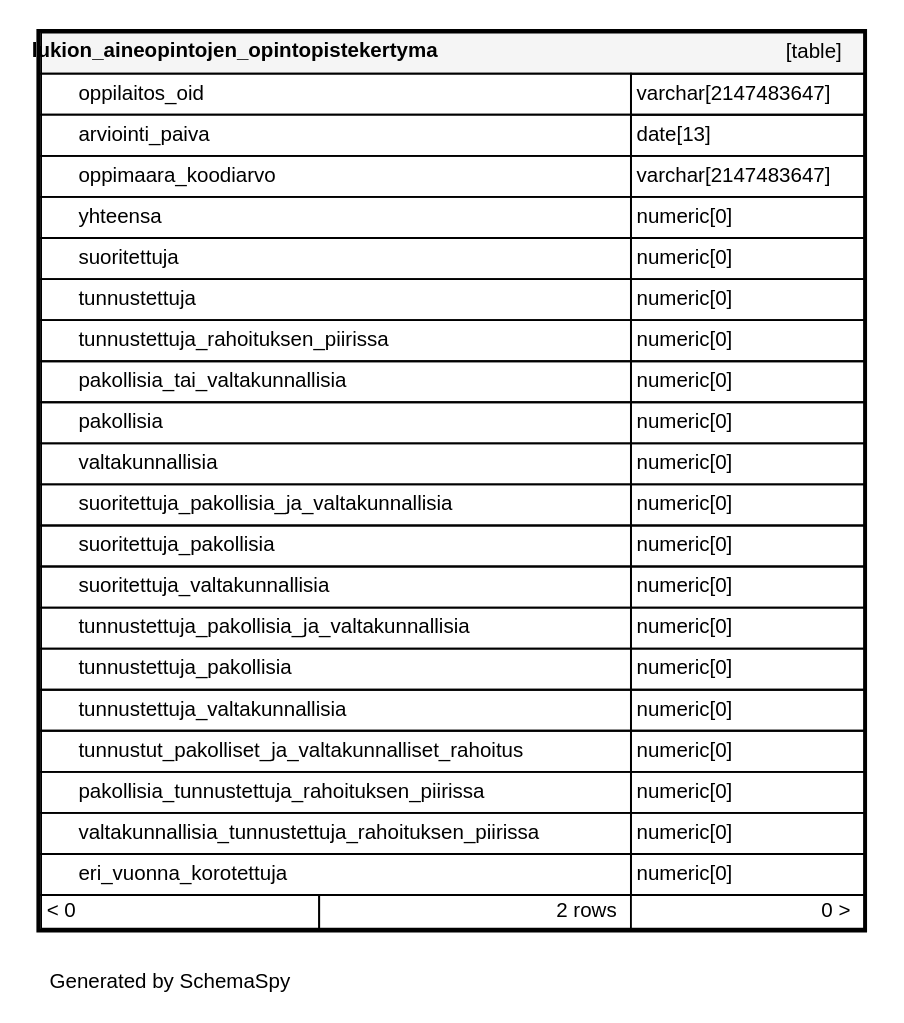
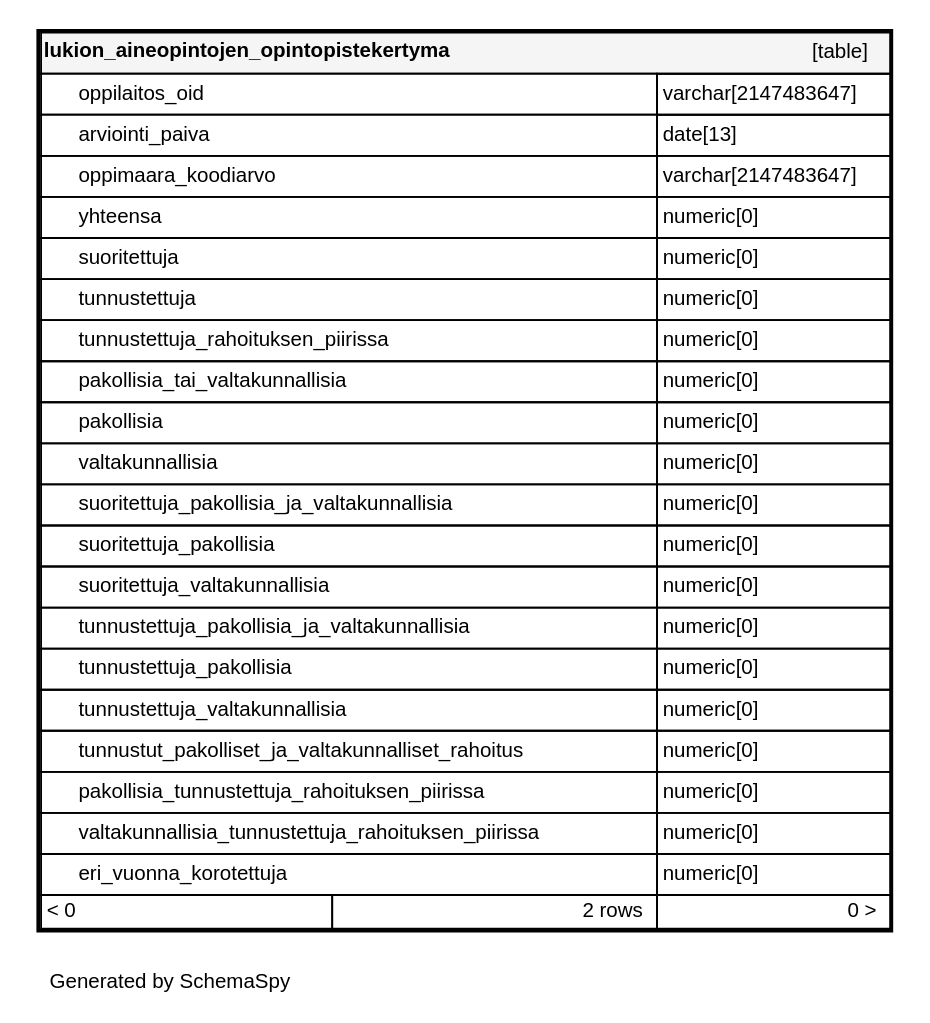
One commit to Opetushallitus/koski changed the diagram in documentation/tietokantaskeemat/koski-raportointikanta/diagrams/tables/lukion_aineopintojen_opintopistekertyma.1degree.dot. Above: the diagram before and after it, drawn with Graphviz. The commit also changed 223 other files, not shown here.

```diff
--- a/documentation/tietokantaskeemat/koski-raportointikanta/diagrams/tables/lukion_aineopintojen_opintopistekertyma.1degree.dot
+++ b/documentation/tietokantaskeemat/koski-raportointikanta/diagrams/tables/lukion_aineopintojen_opintopistekertyma.1degree.dot
@@ -3,27 +3,27 @@
   "lukion_aineopintojen_opintopistekertyma" [
    label=<
     <TABLE BORDER="2" CELLBORDER="1" CELLSPACING="0" BGCOLOR="#ffffff">
-      <TR><TD COLSPAN="4"  BGCOLOR="#f5f5f5"><TABLE BORDER="0" CELLSPACING="0"><TR><TD ALIGN="LEFT" FIXEDSIZE="TRUE" WIDTH="237" HEIGHT="16"><B>lukion_aineopintojen_opintopistekertyma</B></TD><TD ALIGN="RIGHT">[table]</TD></TR></TABLE></TD></TR>
-      <TR><TD PORT="oppilaitos_oid" COLSPAN="2" BGCOLOR="#ffffff" ALIGN="LEFT"><TABLE BORDER="0" CELLSPACING="0" ALIGN="LEFT"><TR ALIGN="LEFT"><TD ALIGN="LEFT" FIXEDSIZE="TRUE" WIDTH="15" HEIGHT="16"></TD><TD ALIGN="LEFT" FIXEDSIZE="TRUE" WIDTH="295" HEIGHT="16">oppilaitos_oid</TD></TR></TABLE></TD><TD PORT="oppilaitos_oid.type" ALIGN="LEFT">varchar[2147483647]</TD></TR>
-      <TR><TD PORT="arviointi_paiva" COLSPAN="2" BGCOLOR="#ffffff" ALIGN="LEFT"><TABLE BORDER="0" CELLSPACING="0" ALIGN="LEFT"><TR ALIGN="LEFT"><TD ALIGN="LEFT" FIXEDSIZE="TRUE" WIDTH="15" HEIGHT="16"></TD><TD ALIGN="LEFT" FIXEDSIZE="TRUE" WIDTH="295" HEIGHT="16">arviointi_paiva</TD></TR></TABLE></TD><TD PORT="arviointi_paiva.type" ALIGN="LEFT">date[13]</TD></TR>
-      <TR><TD PORT="oppimaara_koodiarvo" COLSPAN="2" ALIGN="LEFT"><TABLE BORDER="0" CELLSPACING="0" ALIGN="LEFT"><TR ALIGN="LEFT"><TD ALIGN="LEFT" FIXEDSIZE="TRUE" WIDTH="15" HEIGHT="16"></TD><TD ALIGN="LEFT" FIXEDSIZE="TRUE" WIDTH="295" HEIGHT="16">oppimaara_koodiarvo</TD></TR></TABLE></TD><TD PORT="oppimaara_koodiarvo.type" ALIGN="LEFT">varchar[2147483647]</TD></TR>
-      <TR><TD PORT="yhteensa" COLSPAN="2" ALIGN="LEFT"><TABLE BORDER="0" CELLSPACING="0" ALIGN="LEFT"><TR ALIGN="LEFT"><TD ALIGN="LEFT" FIXEDSIZE="TRUE" WIDTH="15" HEIGHT="16"></TD><TD ALIGN="LEFT" FIXEDSIZE="TRUE" WIDTH="295" HEIGHT="16">yhteensa</TD></TR></TABLE></TD><TD PORT="yhteensa.type" ALIGN="LEFT">numeric[0]</TD></TR>
-      <TR><TD PORT="suoritettuja" COLSPAN="2" ALIGN="LEFT"><TABLE BORDER="0" CELLSPACING="0" ALIGN="LEFT"><TR ALIGN="LEFT"><TD ALIGN="LEFT" FIXEDSIZE="TRUE" WIDTH="15" HEIGHT="16"></TD><TD ALIGN="LEFT" FIXEDSIZE="TRUE" WIDTH="295" HEIGHT="16">suoritettuja</TD></TR></TABLE></TD><TD PORT="suoritettuja.type" ALIGN="LEFT">numeric[0]</TD></TR>
-      <TR><TD PORT="tunnustettuja" COLSPAN="2" ALIGN="LEFT"><TABLE BORDER="0" CELLSPACING="0" ALIGN="LEFT"><TR ALIGN="LEFT"><TD ALIGN="LEFT" FIXEDSIZE="TRUE" WIDTH="15" HEIGHT="16"></TD><TD ALIGN="LEFT" FIXEDSIZE="TRUE" WIDTH="295" HEIGHT="16">tunnustettuja</TD></TR></TABLE></TD><TD PORT="tunnustettuja.type" ALIGN="LEFT">numeric[0]</TD></TR>
-      <TR><TD PORT="tunnustettuja_rahoituksen_piirissa" COLSPAN="2" ALIGN="LEFT"><TABLE BORDER="0" CELLSPACING="0" ALIGN="LEFT"><TR ALIGN="LEFT"><TD ALIGN="LEFT" FIXEDSIZE="TRUE" WIDTH="15" HEIGHT="16"></TD><TD ALIGN="LEFT" FIXEDSIZE="TRUE" WIDTH="295" HEIGHT="16">tunnustettuja_rahoituksen_piirissa</TD></TR></TABLE></TD><TD PORT="tunnustettuja_rahoituksen_piirissa.type" ALIGN="LEFT">numeric[0]</TD></TR>
-      <TR><TD PORT="pakollisia_tai_valtakunnallisia" COLSPAN="2" ALIGN="LEFT"><TABLE BORDER="0" CELLSPACING="0" ALIGN="LEFT"><TR ALIGN="LEFT"><TD ALIGN="LEFT" FIXEDSIZE="TRUE" WIDTH="15" HEIGHT="16"></TD><TD ALIGN="LEFT" FIXEDSIZE="TRUE" WIDTH="295" HEIGHT="16">pakollisia_tai_valtakunnallisia</TD></TR></TABLE></TD><TD PORT="pakollisia_tai_valtakunnallisia.type" ALIGN="LEFT">numeric[0]</TD></TR>
-      <TR><TD PORT="pakollisia" COLSPAN="2" ALIGN="LEFT"><TABLE BORDER="0" CELLSPACING="0" ALIGN="LEFT"><TR ALIGN="LEFT"><TD ALIGN="LEFT" FIXEDSIZE="TRUE" WIDTH="15" HEIGHT="16"></TD><TD ALIGN="LEFT" FIXEDSIZE="TRUE" WIDTH="295" HEIGHT="16">pakollisia</TD></TR></TABLE></TD><TD PORT="pakollisia.type" ALIGN="LEFT">numeric[0]</TD></TR>
-      <TR><TD PORT="valtakunnallisia" COLSPAN="2" ALIGN="LEFT"><TABLE BORDER="0" CELLSPACING="0" ALIGN="LEFT"><TR ALIGN="LEFT"><TD ALIGN="LEFT" FIXEDSIZE="TRUE" WIDTH="15" HEIGHT="16"></TD><TD ALIGN="LEFT" FIXEDSIZE="TRUE" WIDTH="295" HEIGHT="16">valtakunnallisia</TD></TR></TABLE></TD><TD PORT="valtakunnallisia.type" ALIGN="LEFT">numeric[0]</TD></TR>
-      <TR><TD PORT="suoritettuja_pakollisia_ja_valtakunnallisia" COLSPAN="2" ALIGN="LEFT"><TABLE BORDER="0" CELLSPACING="0" ALIGN="LEFT"><TR ALIGN="LEFT"><TD ALIGN="LEFT" FIXEDSIZE="TRUE" WIDTH="15" HEIGHT="16"></TD><TD ALIGN="LEFT" FIXEDSIZE="TRUE" WIDTH="295" HEIGHT="16">suoritettuja_pakollisia_ja_valtakunnallisia</TD></TR></TABLE></TD><TD PORT="suoritettuja_pakollisia_ja_valtakunnallisia.type" ALIGN="LEFT">numeric[0]</TD></TR>
-      <TR><TD PORT="suoritettuja_pakollisia" COLSPAN="2" ALIGN="LEFT"><TABLE BORDER="0" CELLSPACING="0" ALIGN="LEFT"><TR ALIGN="LEFT"><TD ALIGN="LEFT" FIXEDSIZE="TRUE" WIDTH="15" HEIGHT="16"></TD><TD ALIGN="LEFT" FIXEDSIZE="TRUE" WIDTH="295" HEIGHT="16">suoritettuja_pakollisia</TD></TR></TABLE></TD><TD PORT="suoritettuja_pakollisia.type" ALIGN="LEFT">numeric[0]</TD></TR>
-      <TR><TD PORT="suoritettuja_valtakunnallisia" COLSPAN="2" ALIGN="LEFT"><TABLE BORDER="0" CELLSPACING="0" ALIGN="LEFT"><TR ALIGN="LEFT"><TD ALIGN="LEFT" FIXEDSIZE="TRUE" WIDTH="15" HEIGHT="16"></TD><TD ALIGN="LEFT" FIXEDSIZE="TRUE" WIDTH="295" HEIGHT="16">suoritettuja_valtakunnallisia</TD></TR></TABLE></TD><TD PORT="suoritettuja_valtakunnallisia.type" ALIGN="LEFT">numeric[0]</TD></TR>
-      <TR><TD PORT="tunnustettuja_pakollisia_ja_valtakunnallisia" COLSPAN="2" ALIGN="LEFT"><TABLE BORDER="0" CELLSPACING="0" ALIGN="LEFT"><TR ALIGN="LEFT"><TD ALIGN="LEFT" FIXEDSIZE="TRUE" WIDTH="15" HEIGHT="16"></TD><TD ALIGN="LEFT" FIXEDSIZE="TRUE" WIDTH="295" HEIGHT="16">tunnustettuja_pakollisia_ja_valtakunnallisia</TD></TR></TABLE></TD><TD PORT="tunnustettuja_pakollisia_ja_valtakunnallisia.type" ALIGN="LEFT">numeric[0]</TD></TR>
-      <TR><TD PORT="tunnustettuja_pakollisia" COLSPAN="2" ALIGN="LEFT"><TABLE BORDER="0" CELLSPACING="0" ALIGN="LEFT"><TR ALIGN="LEFT"><TD ALIGN="LEFT" FIXEDSIZE="TRUE" WIDTH="15" HEIGHT="16"></TD><TD ALIGN="LEFT" FIXEDSIZE="TRUE" WIDTH="295" HEIGHT="16">tunnustettuja_pakollisia</TD></TR></TABLE></TD><TD PORT="tunnustettuja_pakollisia.type" ALIGN="LEFT">numeric[0]</TD></TR>
-      <TR><TD PORT="tunnustettuja_valtakunnallisia" COLSPAN="2" ALIGN="LEFT"><TABLE BORDER="0" CELLSPACING="0" ALIGN="LEFT"><TR ALIGN="LEFT"><TD ALIGN="LEFT" FIXEDSIZE="TRUE" WIDTH="15" HEIGHT="16"></TD><TD ALIGN="LEFT" FIXEDSIZE="TRUE" WIDTH="295" HEIGHT="16">tunnustettuja_valtakunnallisia</TD></TR></TABLE></TD><TD PORT="tunnustettuja_valtakunnallisia.type" ALIGN="LEFT">numeric[0]</TD></TR>
-      <TR><TD PORT="tunnustut_pakolliset_ja_valtakunnalliset_rahoitus" COLSPAN="2" ALIGN="LEFT"><TABLE BORDER="0" CELLSPACING="0" ALIGN="LEFT"><TR ALIGN="LEFT"><TD ALIGN="LEFT" FIXEDSIZE="TRUE" WIDTH="15" HEIGHT="16"></TD><TD ALIGN="LEFT" FIXEDSIZE="TRUE" WIDTH="295" HEIGHT="16">tunnustut_pakolliset_ja_valtakunnalliset_rahoitus</TD></TR></TABLE></TD><TD PORT="tunnustut_pakolliset_ja_valtakunnalliset_rahoitus.type" ALIGN="LEFT">numeric[0]</TD></TR>
-      <TR><TD PORT="pakollisia_tunnustettuja_rahoituksen_piirissa" COLSPAN="2" ALIGN="LEFT"><TABLE BORDER="0" CELLSPACING="0" ALIGN="LEFT"><TR ALIGN="LEFT"><TD ALIGN="LEFT" FIXEDSIZE="TRUE" WIDTH="15" HEIGHT="16"></TD><TD ALIGN="LEFT" FIXEDSIZE="TRUE" WIDTH="295" HEIGHT="16">pakollisia_tunnustettuja_rahoituksen_piirissa</TD></TR></TABLE></TD><TD PORT="pakollisia_tunnustettuja_rahoituksen_piirissa.type" ALIGN="LEFT">numeric[0]</TD></TR>
-      <TR><TD PORT="valtakunnallisia_tunnustettuja_rahoituksen_piirissa" COLSPAN="2" ALIGN="LEFT"><TABLE BORDER="0" CELLSPACING="0" ALIGN="LEFT"><TR ALIGN="LEFT"><TD ALIGN="LEFT" FIXEDSIZE="TRUE" WIDTH="15" HEIGHT="16"></TD><TD ALIGN="LEFT" FIXEDSIZE="TRUE" WIDTH="295" HEIGHT="16">valtakunnallisia_tunnustettuja_rahoituksen_piirissa</TD></TR></TABLE></TD><TD PORT="valtakunnallisia_tunnustettuja_rahoituksen_piirissa.type" ALIGN="LEFT">numeric[0]</TD></TR>
-      <TR><TD PORT="eri_vuonna_korotettuja" COLSPAN="2" ALIGN="LEFT"><TABLE BORDER="0" CELLSPACING="0" ALIGN="LEFT"><TR ALIGN="LEFT"><TD ALIGN="LEFT" FIXEDSIZE="TRUE" WIDTH="15" HEIGHT="16"></TD><TD ALIGN="LEFT" FIXEDSIZE="TRUE" WIDTH="295" HEIGHT="16">eri_vuonna_korotettuja</TD></TR></TABLE></TD><TD PORT="eri_vuonna_korotettuja.type" ALIGN="LEFT">numeric[0]</TD></TR>
+      <TR><TD COLSPAN="4"  BGCOLOR="#f5f5f5"><TABLE BORDER="0" CELLSPACING="0"><TR><TD ALIGN="LEFT" FIXEDSIZE="TRUE" WIDTH="250" HEIGHT="16"><B>lukion_aineopintojen_opintopistekertyma</B></TD><TD ALIGN="RIGHT">[table]</TD></TR></TABLE></TD></TR>
+      <TR><TD PORT="oppilaitos_oid" COLSPAN="2" BGCOLOR="#ffffff" ALIGN="LEFT"><TABLE BORDER="0" CELLSPACING="0" ALIGN="LEFT"><TR ALIGN="LEFT"><TD ALIGN="LEFT" FIXEDSIZE="TRUE" WIDTH="15" HEIGHT="16"></TD><TD ALIGN="LEFT" FIXEDSIZE="TRUE" WIDTH="309" HEIGHT="16">oppilaitos_oid</TD></TR></TABLE></TD><TD PORT="oppilaitos_oid.type" ALIGN="LEFT">varchar[2147483647]</TD></TR>
+      <TR><TD PORT="arviointi_paiva" COLSPAN="2" BGCOLOR="#ffffff" ALIGN="LEFT"><TABLE BORDER="0" CELLSPACING="0" ALIGN="LEFT"><TR ALIGN="LEFT"><TD ALIGN="LEFT" FIXEDSIZE="TRUE" WIDTH="15" HEIGHT="16"></TD><TD ALIGN="LEFT" FIXEDSIZE="TRUE" WIDTH="309" HEIGHT="16">arviointi_paiva</TD></TR></TABLE></TD><TD PORT="arviointi_paiva.type" ALIGN="LEFT">date[13]</TD></TR>
+      <TR><TD PORT="oppimaara_koodiarvo" COLSPAN="2" ALIGN="LEFT"><TABLE BORDER="0" CELLSPACING="0" ALIGN="LEFT"><TR ALIGN="LEFT"><TD ALIGN="LEFT" FIXEDSIZE="TRUE" WIDTH="15" HEIGHT="16"></TD><TD ALIGN="LEFT" FIXEDSIZE="TRUE" WIDTH="309" HEIGHT="16">oppimaara_koodiarvo</TD></TR></TABLE></TD><TD PORT="oppimaara_koodiarvo.type" ALIGN="LEFT">varchar[2147483647]</TD></TR>
+      <TR><TD PORT="yhteensa" COLSPAN="2" ALIGN="LEFT"><TABLE BORDER="0" CELLSPACING="0" ALIGN="LEFT"><TR ALIGN="LEFT"><TD ALIGN="LEFT" FIXEDSIZE="TRUE" WIDTH="15" HEIGHT="16"></TD><TD ALIGN="LEFT" FIXEDSIZE="TRUE" WIDTH="309" HEIGHT="16">yhteensa</TD></TR></TABLE></TD><TD PORT="yhteensa.type" ALIGN="LEFT">numeric[0]</TD></TR>
+      <TR><TD PORT="suoritettuja" COLSPAN="2" ALIGN="LEFT"><TABLE BORDER="0" CELLSPACING="0" ALIGN="LEFT"><TR ALIGN="LEFT"><TD ALIGN="LEFT" FIXEDSIZE="TRUE" WIDTH="15" HEIGHT="16"></TD><TD ALIGN="LEFT" FIXEDSIZE="TRUE" WIDTH="309" HEIGHT="16">suoritettuja</TD></TR></TABLE></TD><TD PORT="suoritettuja.type" ALIGN="LEFT">numeric[0]</TD></TR>
+      <TR><TD PORT="tunnustettuja" COLSPAN="2" ALIGN="LEFT"><TABLE BORDER="0" CELLSPACING="0" ALIGN="LEFT"><TR ALIGN="LEFT"><TD ALIGN="LEFT" FIXEDSIZE="TRUE" WIDTH="15" HEIGHT="16"></TD><TD ALIGN="LEFT" FIXEDSIZE="TRUE" WIDTH="309" HEIGHT="16">tunnustettuja</TD></TR></TABLE></TD><TD PORT="tunnustettuja.type" ALIGN="LEFT">numeric[0]</TD></TR>
+      <TR><TD PORT="tunnustettuja_rahoituksen_piirissa" COLSPAN="2" ALIGN="LEFT"><TABLE BORDER="0" CELLSPACING="0" ALIGN="LEFT"><TR ALIGN="LEFT"><TD ALIGN="LEFT" FIXEDSIZE="TRUE" WIDTH="15" HEIGHT="16"></TD><TD ALIGN="LEFT" FIXEDSIZE="TRUE" WIDTH="309" HEIGHT="16">tunnustettuja_rahoituksen_piirissa</TD></TR></TABLE></TD><TD PORT="tunnustettuja_rahoituksen_piirissa.type" ALIGN="LEFT">numeric[0]</TD></TR>
+      <TR><TD PORT="pakollisia_tai_valtakunnallisia" COLSPAN="2" ALIGN="LEFT"><TABLE BORDER="0" CELLSPACING="0" ALIGN="LEFT"><TR ALIGN="LEFT"><TD ALIGN="LEFT" FIXEDSIZE="TRUE" WIDTH="15" HEIGHT="16"></TD><TD ALIGN="LEFT" FIXEDSIZE="TRUE" WIDTH="309" HEIGHT="16">pakollisia_tai_valtakunnallisia</TD></TR></TABLE></TD><TD PORT="pakollisia_tai_valtakunnallisia.type" ALIGN="LEFT">numeric[0]</TD></TR>
+      <TR><TD PORT="pakollisia" COLSPAN="2" ALIGN="LEFT"><TABLE BORDER="0" CELLSPACING="0" ALIGN="LEFT"><TR ALIGN="LEFT"><TD ALIGN="LEFT" FIXEDSIZE="TRUE" WIDTH="15" HEIGHT="16"></TD><TD ALIGN="LEFT" FIXEDSIZE="TRUE" WIDTH="309" HEIGHT="16">pakollisia</TD></TR></TABLE></TD><TD PORT="pakollisia.type" ALIGN="LEFT">numeric[0]</TD></TR>
+      <TR><TD PORT="valtakunnallisia" COLSPAN="2" ALIGN="LEFT"><TABLE BORDER="0" CELLSPACING="0" ALIGN="LEFT"><TR ALIGN="LEFT"><TD ALIGN="LEFT" FIXEDSIZE="TRUE" WIDTH="15" HEIGHT="16"></TD><TD ALIGN="LEFT" FIXEDSIZE="TRUE" WIDTH="309" HEIGHT="16">valtakunnallisia</TD></TR></TABLE></TD><TD PORT="valtakunnallisia.type" ALIGN="LEFT">numeric[0]</TD></TR>
+      <TR><TD PORT="suoritettuja_pakollisia_ja_valtakunnallisia" COLSPAN="2" ALIGN="LEFT"><TABLE BORDER="0" CELLSPACING="0" ALIGN="LEFT"><TR ALIGN="LEFT"><TD ALIGN="LEFT" FIXEDSIZE="TRUE" WIDTH="15" HEIGHT="16"></TD><TD ALIGN="LEFT" FIXEDSIZE="TRUE" WIDTH="309" HEIGHT="16">suoritettuja_pakollisia_ja_valtakunnallisia</TD></TR></TABLE></TD><TD PORT="suoritettuja_pakollisia_ja_valtakunnallisia.type" ALIGN="LEFT">numeric[0]</TD></TR>
+      <TR><TD PORT="suoritettuja_pakollisia" COLSPAN="2" ALIGN="LEFT"><TABLE BORDER="0" CELLSPACING="0" ALIGN="LEFT"><TR ALIGN="LEFT"><TD ALIGN="LEFT" FIXEDSIZE="TRUE" WIDTH="15" HEIGHT="16"></TD><TD ALIGN="LEFT" FIXEDSIZE="TRUE" WIDTH="309" HEIGHT="16">suoritettuja_pakollisia</TD></TR></TABLE></TD><TD PORT="suoritettuja_pakollisia.type" ALIGN="LEFT">numeric[0]</TD></TR>
+      <TR><TD PORT="suoritettuja_valtakunnallisia" COLSPAN="2" ALIGN="LEFT"><TABLE BORDER="0" CELLSPACING="0" ALIGN="LEFT"><TR ALIGN="LEFT"><TD ALIGN="LEFT" FIXEDSIZE="TRUE" WIDTH="15" HEIGHT="16"></TD><TD ALIGN="LEFT" FIXEDSIZE="TRUE" WIDTH="309" HEIGHT="16">suoritettuja_valtakunnallisia</TD></TR></TABLE></TD><TD PORT="suoritettuja_valtakunnallisia.type" ALIGN="LEFT">numeric[0]</TD></TR>
+      <TR><TD PORT="tunnustettuja_pakollisia_ja_valtakunnallisia" COLSPAN="2" ALIGN="LEFT"><TABLE BORDER="0" CELLSPACING="0" ALIGN="LEFT"><TR ALIGN="LEFT"><TD ALIGN="LEFT" FIXEDSIZE="TRUE" WIDTH="15" HEIGHT="16"></TD><TD ALIGN="LEFT" FIXEDSIZE="TRUE" WIDTH="309" HEIGHT="16">tunnustettuja_pakollisia_ja_valtakunnallisia</TD></TR></TABLE></TD><TD PORT="tunnustettuja_pakollisia_ja_valtakunnallisia.type" ALIGN="LEFT">numeric[0]</TD></TR>
+      <TR><TD PORT="tunnustettuja_pakollisia" COLSPAN="2" ALIGN="LEFT"><TABLE BORDER="0" CELLSPACING="0" ALIGN="LEFT"><TR ALIGN="LEFT"><TD ALIGN="LEFT" FIXEDSIZE="TRUE" WIDTH="15" HEIGHT="16"></TD><TD ALIGN="LEFT" FIXEDSIZE="TRUE" WIDTH="309" HEIGHT="16">tunnustettuja_pakollisia</TD></TR></TABLE></TD><TD PORT="tunnustettuja_pakollisia.type" ALIGN="LEFT">numeric[0]</TD></TR>
+      <TR><TD PORT="tunnustettuja_valtakunnallisia" COLSPAN="2" ALIGN="LEFT"><TABLE BORDER="0" CELLSPACING="0" ALIGN="LEFT"><TR ALIGN="LEFT"><TD ALIGN="LEFT" FIXEDSIZE="TRUE" WIDTH="15" HEIGHT="16"></TD><TD ALIGN="LEFT" FIXEDSIZE="TRUE" WIDTH="309" HEIGHT="16">tunnustettuja_valtakunnallisia</TD></TR></TABLE></TD><TD PORT="tunnustettuja_valtakunnallisia.type" ALIGN="LEFT">numeric[0]</TD></TR>
+      <TR><TD PORT="tunnustut_pakolliset_ja_valtakunnalliset_rahoitus" COLSPAN="2" ALIGN="LEFT"><TABLE BORDER="0" CELLSPACING="0" ALIGN="LEFT"><TR ALIGN="LEFT"><TD ALIGN="LEFT" FIXEDSIZE="TRUE" WIDTH="15" HEIGHT="16"></TD><TD ALIGN="LEFT" FIXEDSIZE="TRUE" WIDTH="309" HEIGHT="16">tunnustut_pakolliset_ja_valtakunnalliset_rahoitus</TD></TR></TABLE></TD><TD PORT="tunnustut_pakolliset_ja_valtakunnalliset_rahoitus.type" ALIGN="LEFT">numeric[0]</TD></TR>
+      <TR><TD PORT="pakollisia_tunnustettuja_rahoituksen_piirissa" COLSPAN="2" ALIGN="LEFT"><TABLE BORDER="0" CELLSPACING="0" ALIGN="LEFT"><TR ALIGN="LEFT"><TD ALIGN="LEFT" FIXEDSIZE="TRUE" WIDTH="15" HEIGHT="16"></TD><TD ALIGN="LEFT" FIXEDSIZE="TRUE" WIDTH="309" HEIGHT="16">pakollisia_tunnustettuja_rahoituksen_piirissa</TD></TR></TABLE></TD><TD PORT="pakollisia_tunnustettuja_rahoituksen_piirissa.type" ALIGN="LEFT">numeric[0]</TD></TR>
+      <TR><TD PORT="valtakunnallisia_tunnustettuja_rahoituksen_piirissa" COLSPAN="2" ALIGN="LEFT"><TABLE BORDER="0" CELLSPACING="0" ALIGN="LEFT"><TR ALIGN="LEFT"><TD ALIGN="LEFT" FIXEDSIZE="TRUE" WIDTH="15" HEIGHT="16"></TD><TD ALIGN="LEFT" FIXEDSIZE="TRUE" WIDTH="309" HEIGHT="16">valtakunnallisia_tunnustettuja_rahoituksen_piirissa</TD></TR></TABLE></TD><TD PORT="valtakunnallisia_tunnustettuja_rahoituksen_piirissa.type" ALIGN="LEFT">numeric[0]</TD></TR>
+      <TR><TD PORT="eri_vuonna_korotettuja" COLSPAN="2" ALIGN="LEFT"><TABLE BORDER="0" CELLSPACING="0" ALIGN="LEFT"><TR ALIGN="LEFT"><TD ALIGN="LEFT" FIXEDSIZE="TRUE" WIDTH="15" HEIGHT="16"></TD><TD ALIGN="LEFT" FIXEDSIZE="TRUE" WIDTH="309" HEIGHT="16">eri_vuonna_korotettuja</TD></TR></TABLE></TD><TD PORT="eri_vuonna_korotettuja.type" ALIGN="LEFT">numeric[0]</TD></TR>
       <TR><TD ALIGN="LEFT" BGCOLOR="#ffffff">&lt; 0</TD><TD ALIGN="RIGHT" BGCOLOR="#ffffff">2 rows</TD><TD ALIGN="RIGHT" BGCOLOR="#ffffff">0 &gt;</TD></TR>
     </TABLE>>
     URL="../../tables/lukion_aineopintojen_opintopistekertyma.html"
```
